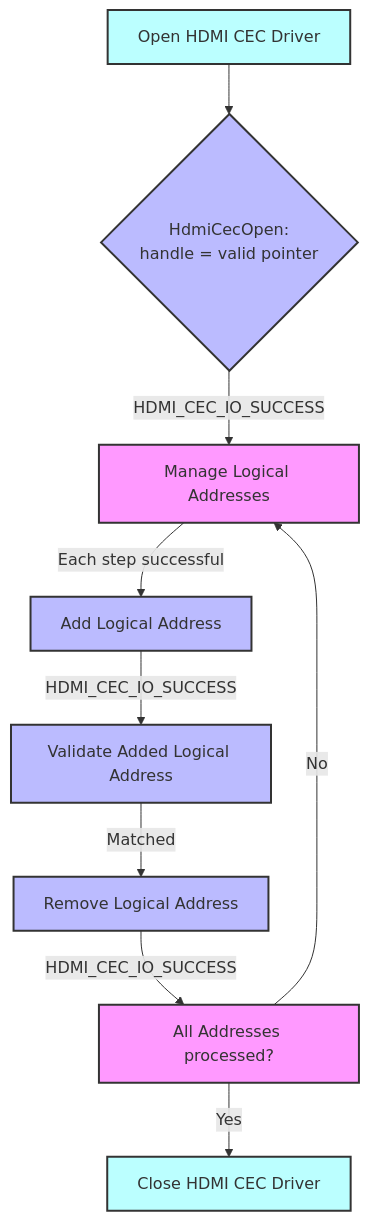
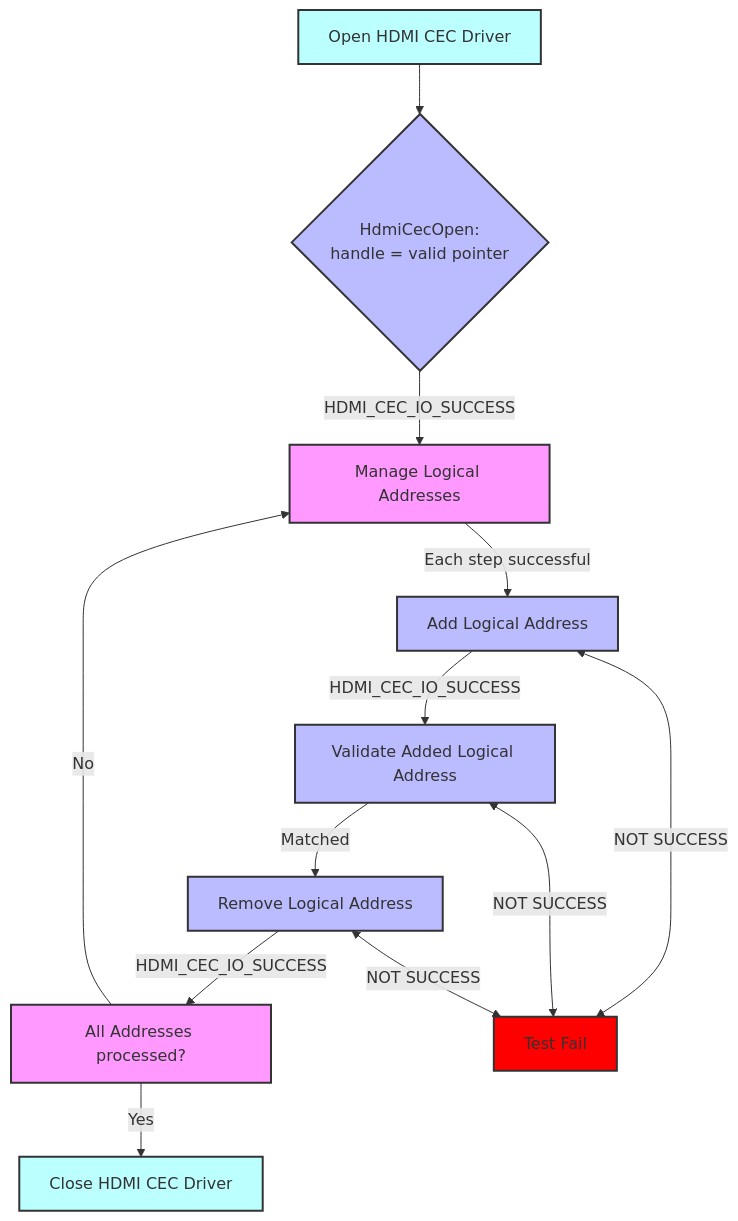
The second of 6 diagrams in docs/pages/hdmi-cec_L2_Low-Level_TestSpec.md (rdkcentral/rdk-halif-test-hdmi_cec), drawn with Mermaid before and after one commit. The commit also changed other lines of this file, not shown here.

First line of the commit message:
gh #4 updated the failure conditions in mermaid

````diff
--- a/docs/pages/hdmi-cec_L2_Low-Level_TestSpec.md
+++ b/docs/pages/hdmi-cec_L2_Low-Level_TestSpec.md
@@ -116,20 +116,24 @@
 ```mermaid
 graph TD
     style A fill:#bff,stroke:#333,stroke-width:2px
     style B fill:#bbf,stroke:#333,stroke-width:2px
     style C fill:#f9f,stroke:#333,stroke-width:2px
     style D fill:#bbf,stroke:#333,stroke-width:2px
     style E fill:#bbf,stroke:#333,stroke-width:2px
     style F fill:#bbf,stroke:#333,stroke-width:2px
     style G fill:#f9f,stroke:#333,stroke-width:2px
     style H fill:#bff,stroke:#333,stroke-width:2px
+    style I fill:#f00,stroke:#333,stroke-width:2px
 
     A[Open HDMI CEC Driver] --> B{HdmiCecOpen: \n handle = valid pointer}
     B -->|HDMI_CEC_IO_SUCCESS| C[Manage Logical Addresses]
     C -->|Each step successful| D[Add Logical Address]
-    D -->|HDMI_CEC_IO_SUCCESS| E[Validate Added Logical Address]
-    E -->|Matched| F[Remove Logical Address]
+    D -->|HDMI_CEC_IO_SUCCESS| E[Validate Added Logical Address]    
+    E -->|Matched| F[Remove Logical Address]    
     F -->|HDMI_CEC_IO_SUCCESS| G[All Addresses processed?]
     G -->|No| C
+    D <-->|NOT SUCCESS| I[Test Fail]
+    E <-->|NOT SUCCESS| I[Test Fail]
+    F <-->|NOT SUCCESS| I[Test Fail]
     G -->|Yes| H[Close HDMI CEC Driver]
 ```
````
